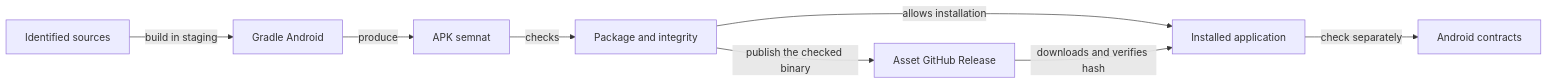
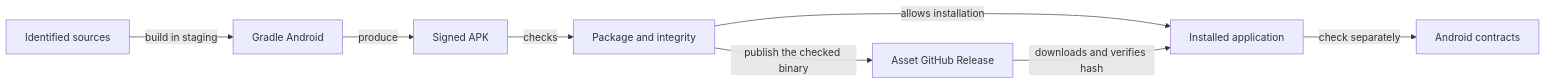
Before and after one commit to crististefanita/atf_j4: the diagram in docs/platform/ATF_AndroidDelivery.md, drawn with Mermaid. The commit also changed other lines of this file and 126 other files, not shown here.

````diff
--- a/docs/platform/ATF_AndroidDelivery.md
+++ b/docs/platform/ATF_AndroidDelivery.md
@@ -9,10 +9,10 @@
 ```mermaid
 flowchart LR
     SOURCE[Identified sources] -->|build in staging| BUILD[Gradle Android]
-    BUILD -->|produce| APK[APK semnat]
+    BUILD -->|produce| APK[Signed APK]
     APK -->|checks| STATIC[Package and integrity]
     STATIC -->|allows installation| DEVICE[Installed application]
     STATIC -->|publish the checked binary| ASSET[Asset GitHub Release]
     ASSET -->|downloads and verifies hash| DEVICE
     DEVICE -->|check separately| UI[Android contracts]
 ```
````
